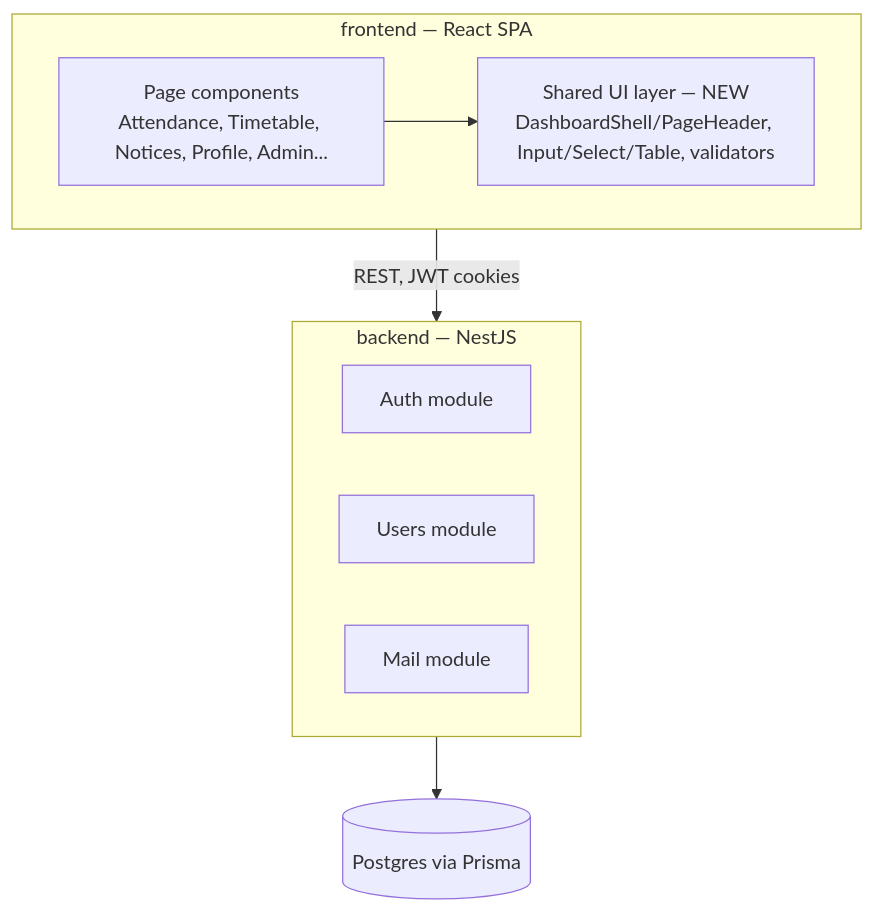
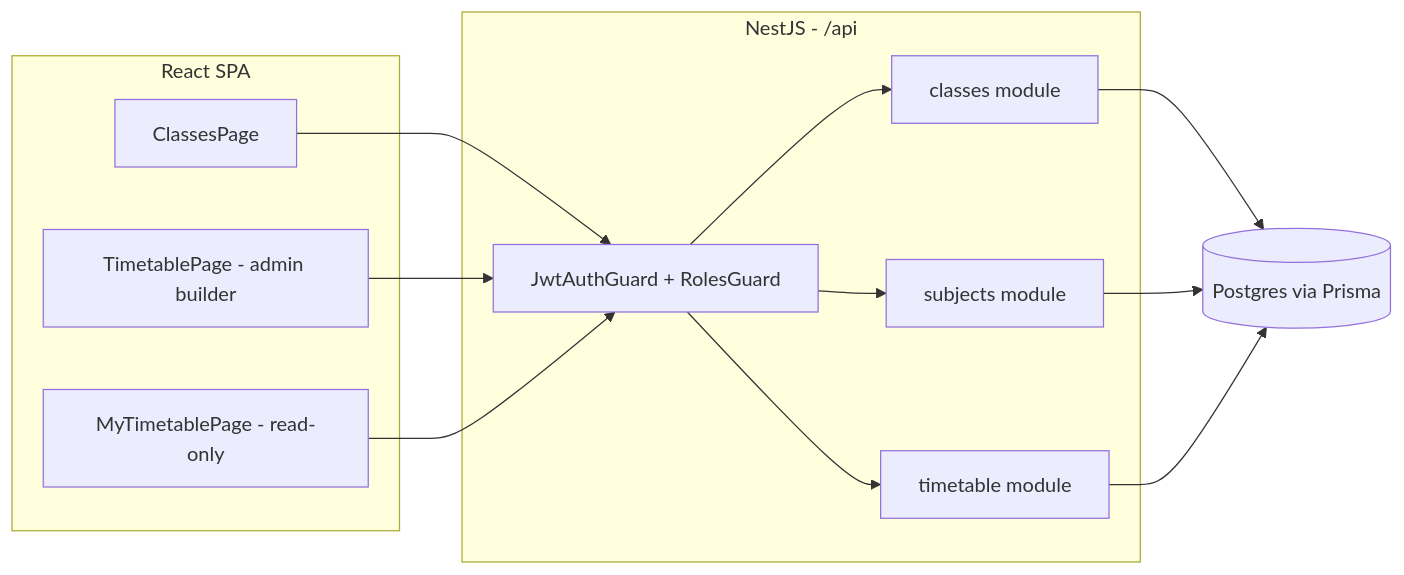
Before and after one commit to aimen-izhar-brainx/school-management-web-app: the diagram in docs/plan.md, drawn with Mermaid. The commit also changed other lines of this file and 29 other files, not shown here.

````diff
--- a/docs/plan.md
+++ b/docs/plan.md
@@ -20,15 +28,27 @@
 ```mermaid
-graph TD
-    subgraph Frontend [frontend — React SPA]
-        Pages[Page components<br/>Attendance, Timetable, Notices, Profile, Admin...]
-        Shared[Shared UI layer — NEW<br/>DashboardShell/PageHeader, Input/Select/Table, validators]
-        Pages --> Shared
+flowchart LR
+    subgraph Frontend [React SPA]
+        CP[ClassesPage]
+        TP[TimetablePage - admin builder]
+        MP[MyTimetablePage - read-only]
     end
-    Frontend -- REST, JWT cookies --> Backend
-    subgraph Backend [backend — NestJS]
-        Auth[Auth module]
-        Users[Users module]
-        Mail[Mail module]
+
+    subgraph Backend [NestJS - /api]
+        G[JwtAuthGuard + RolesGuard]
+        CM[classes module]
+        SM[subjects module]
+        TM[timetable module]
     end
-    Backend --> DB[(Postgres via Prisma)]
+
+    DB[(Postgres via Prisma)]
+
+    CP --> G
+    TP --> G
+    MP --> G
+    G --> CM
+    G --> SM
+    G --> TM
+    CM --> DB
+    SM --> DB
+    TM --> DB
 ```
````
